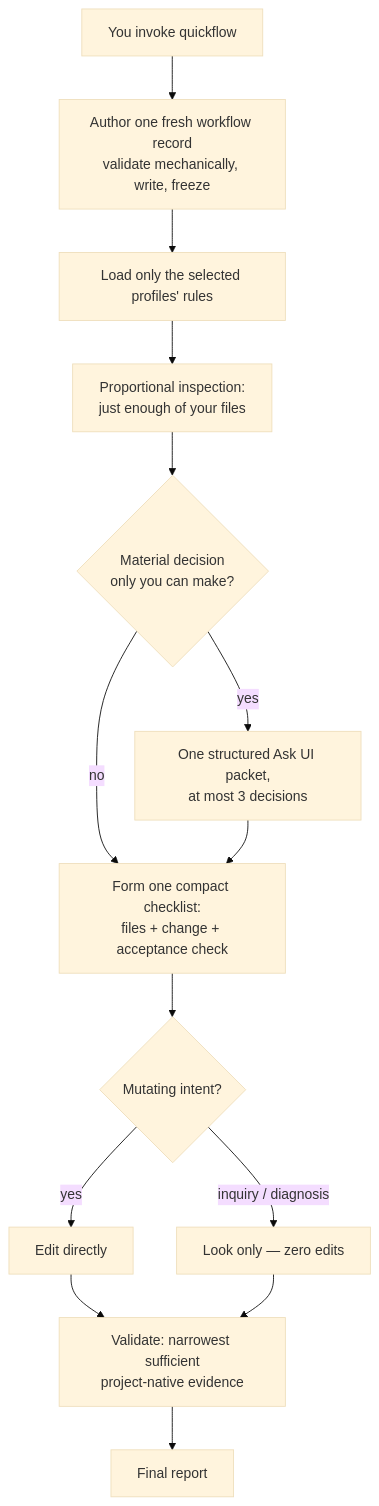
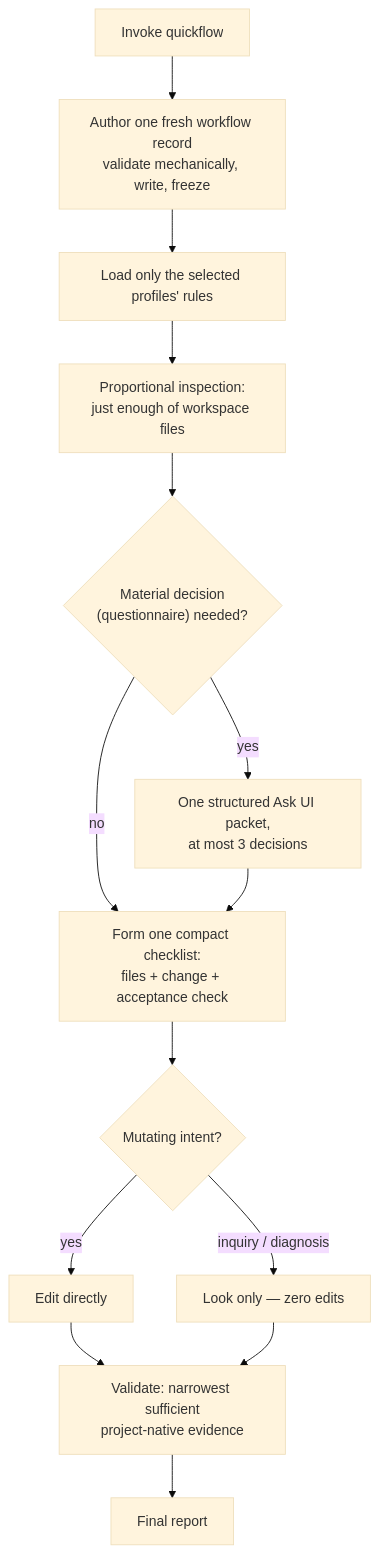
One commit to xzhang17/quickflow changed the diagram in README.md. Above: the diagram before and after it, drawn with Mermaid (base theme). The commit also changed other lines of this file and 1 other file, not shown here.

Commit message:
Reword diagram nodes and add Contributors section (EN + ZH)

````diff
--- a/README.md
+++ b/README.md
@@ -59,16 +60,16 @@
 ```mermaid
 flowchart TD
-    A[You invoke quickflow] --> B[Author one fresh workflow record<br/>validate mechanically, write, freeze]
+    A[Invoke quickflow] --> B[Author one fresh workflow record<br/>validate mechanically, write, freeze]
     B --> C[Load only the selected profiles' rules]
-    C --> D[Proportional inspection:<br/>just enough of your files]
-    D --> E{Material decision<br/>only you can make?}
+    C --> D[Proportional inspection:<br/>just enough of workspace files]
+    D --> E{"Material decision<br/>(questionnaire) needed?"}
     E -->|yes| F[One structured Ask UI packet,<br/>at most 3 decisions]
     E -->|no| G
     F --> G[Form one compact checklist:<br/>files + change + acceptance check]
     G --> H{Mutating intent?}
     H -->|yes| I[Edit directly]
     H -->|inquiry / diagnosis| J[Look only — zero edits]
     I --> K[Validate: narrowest sufficient<br/>project-native evidence]
     J --> K
     K --> M[Final report]
 ```
````
